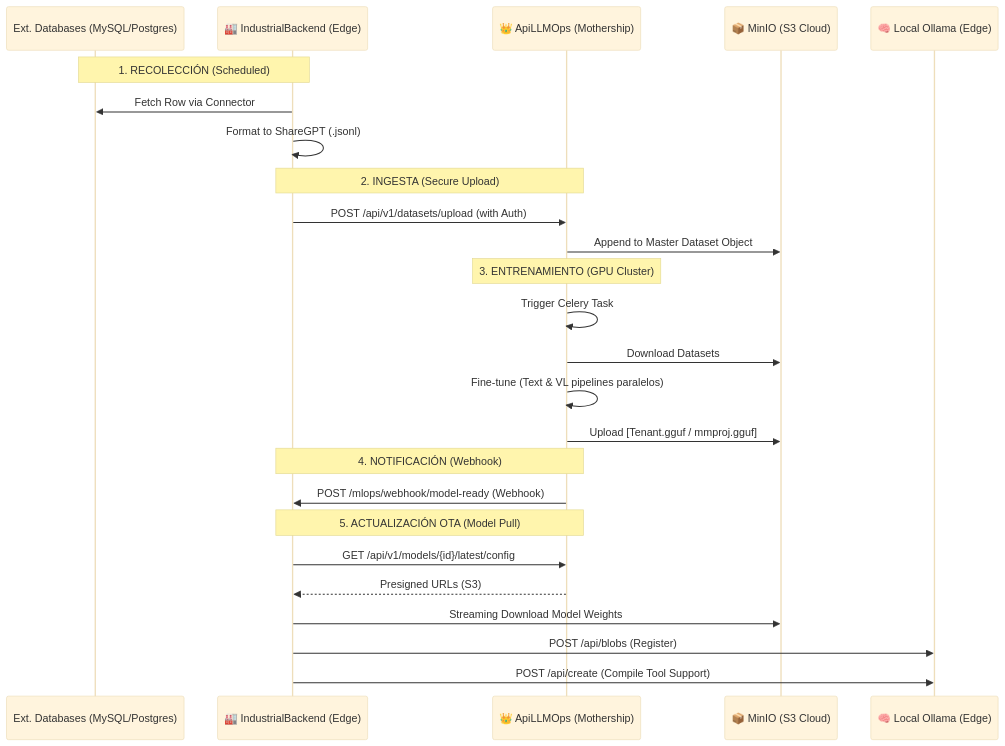
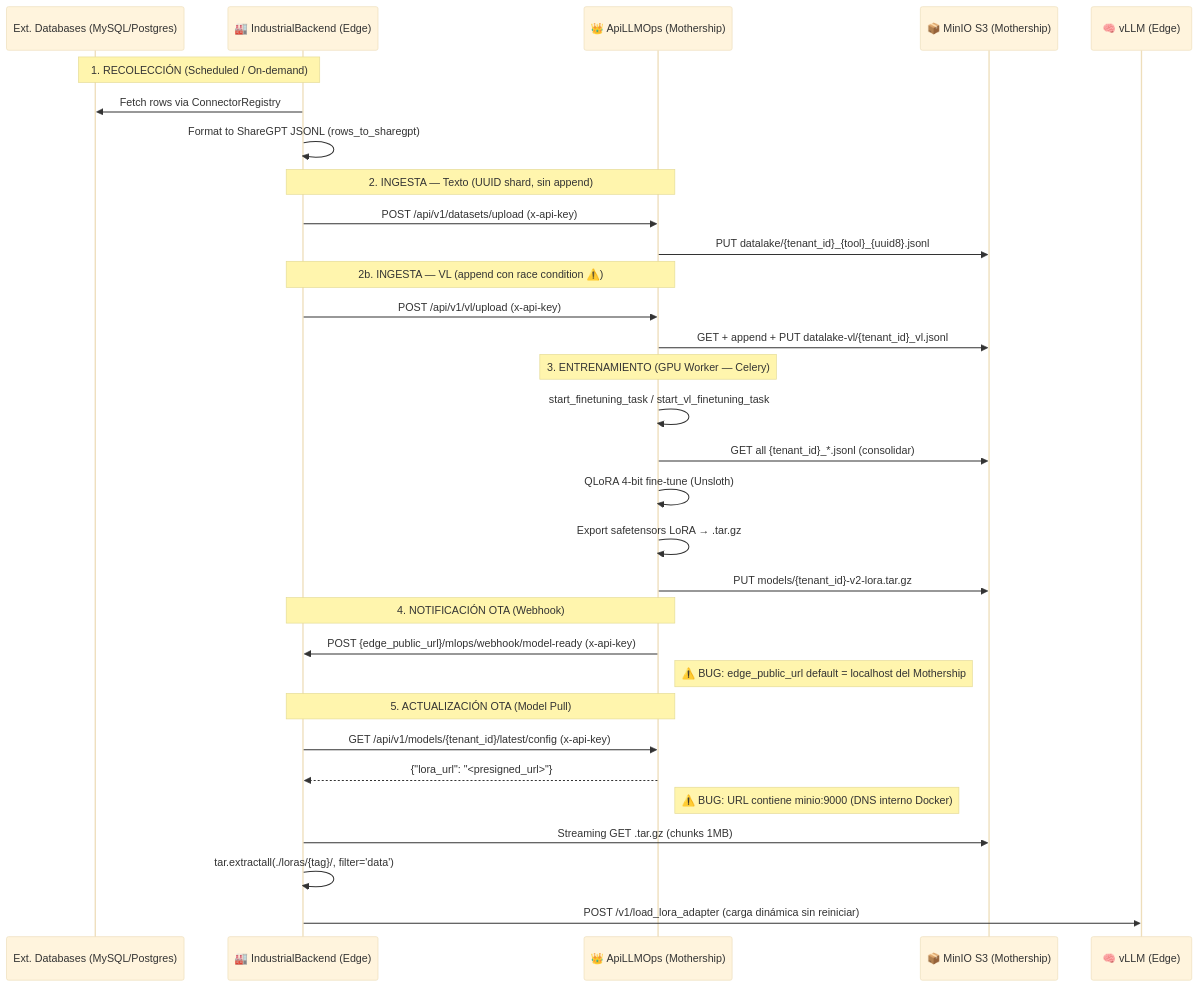
Before and after one commit to stefano2211/IndustrialBackend: the diagram in documentacion/end_to_end_communication_audit.md, drawn with Mermaid (base theme). The commit also changed other lines of this file and 7 other files, not shown here.

Commit message:
feat: migrate from Ollama to vLLM with Qwen3.5-2B unified multimodal base model, update LLM provider references across agent services, and revise MLOps documentation for safetensors LoRA workflow

````diff
--- a/documentacion/end_to_end_communication_audit.md
+++ b/documentacion/end_to_end_communication_audit.md
@@ -9,32 +11,39 @@
 ```mermaid
 sequenceDiagram
     participant DB as Ext. Databases (MySQL/Postgres)
     participant Edge as 🏭 IndustrialBackend (Edge)
     participant Mops as 👑 ApiLLMOps (Mothership)
-    participant MinIO as 📦 MinIO (S3 Cloud)
-    participant Ollama as 🧠 Local Ollama (Edge)
+    participant MinIO as 📦 MinIO S3 (Mothership)
+    participant vLLM as 🧠 vLLM (Edge)
 
-    Note over DB, Edge: 1. RECOLECCIÓN (Scheduled)
-    Edge->>DB: Fetch Row via Connector
-    Edge->>Edge: Format to ShareGPT (.jsonl)
-    
-    Note over Edge, Mops: 2. INGESTA (Secure Upload)
-    Edge->>Mops: POST /api/v1/datasets/upload (with Auth)
-    Mops->>MinIO: Append to Master Dataset Object
-    
-    Note over Mops: 3. ENTRENAMIENTO (GPU Cluster)
-    Mops->>Mops: Trigger Celery Task
-    Mops->>MinIO: Download Datasets
-    Mops->>Mops: Fine-tune (Text & VL pipelines paralelos)
-    Mops->>MinIO: Upload [Tenant.gguf / mmproj.gguf]
+    Note over DB, Edge: 1. RECOLECCIÓN (Scheduled / On-demand)
+    Edge->>DB: Fetch rows via ConnectorRegistry
+    Edge->>Edge: Format to ShareGPT JSONL (rows_to_sharegpt)
 
-    Note over Mops, Edge: 4. NOTIFICACIÓN (Webhook)
-    Mops->>Edge: POST /mlops/webhook/model-ready (Webhook)
-    
+    Note over Edge, Mops: 2. INGESTA — Texto (UUID shard, sin append)
+    Edge->>Mops: POST /api/v1/datasets/upload (x-api-key)
+    Mops->>MinIO: PUT datalake/{tenant_id}_{tool}_{uuid8}.jsonl
+
+    Note over Edge, Mops: 2b. INGESTA — VL (append con race condition ⚠️)
+    Edge->>Mops: POST /api/v1/vl/upload (x-api-key)
+    Mops->>MinIO: GET + append + PUT datalake-vl/{tenant_id}_vl.jsonl
+
+    Note over Mops: 3. ENTRENAMIENTO (GPU Worker — Celery)
+    Mops->>Mops: start_finetuning_task / start_vl_finetuning_task
+    Mops->>MinIO: GET all {tenant_id}_*.jsonl (consolidar)
+    Mops->>Mops: QLoRA 4-bit fine-tune (Unsloth)
+    Mops->>Mops: Export safetensors LoRA → .tar.gz
+    Mops->>MinIO: PUT models/{tenant_id}-v2-lora.tar.gz
+
+    Note over Mops, Edge: 4. NOTIFICACIÓN OTA (Webhook)
+    Mops->>Edge: POST {edge_public_url}/mlops/webhook/model-ready (x-api-key)
+    Note right of Mops: ⚠️ BUG: edge_public_url default = localhost del Mothership
+
     Note over Edge, Mops: 5. ACTUALIZACIÓN OTA (Model Pull)
-    Edge->>Mops: GET /api/v1/models/{id}/latest/config
-    Mops-->>Edge: Presigned URLs (S3)
-    Edge->>MinIO: Streaming Download Model Weights
-    Edge->>Ollama: POST /api/blobs (Register)
-    Edge->>Ollama: POST /api/create (Compile Tool Support)
+    Edge->>Mops: GET /api/v1/models/{tenant_id}/latest/config (x-api-key)
+    Mops-->>Edge: {"lora_url": "<presigned_url>"}
+    Note right of Mops: ⚠️ BUG: URL contiene minio:9000 (DNS interno Docker)
+    Edge->>MinIO: Streaming GET .tar.gz (chunks 1MB)
+    Edge->>Edge: tar.extractall(./loras/{tag}/, filter='data')
+    Edge->>vLLM: POST /v1/load_lora_adapter (carga dinámica sin reiniciar)
 ```
````
